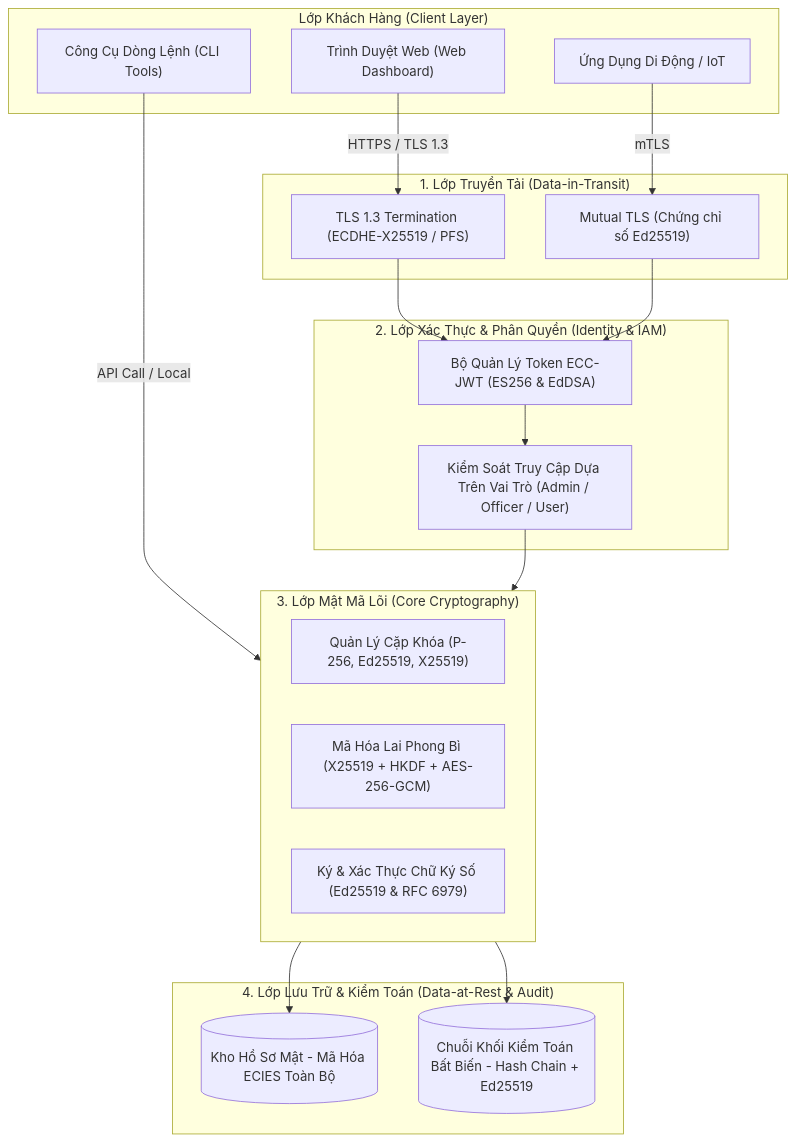
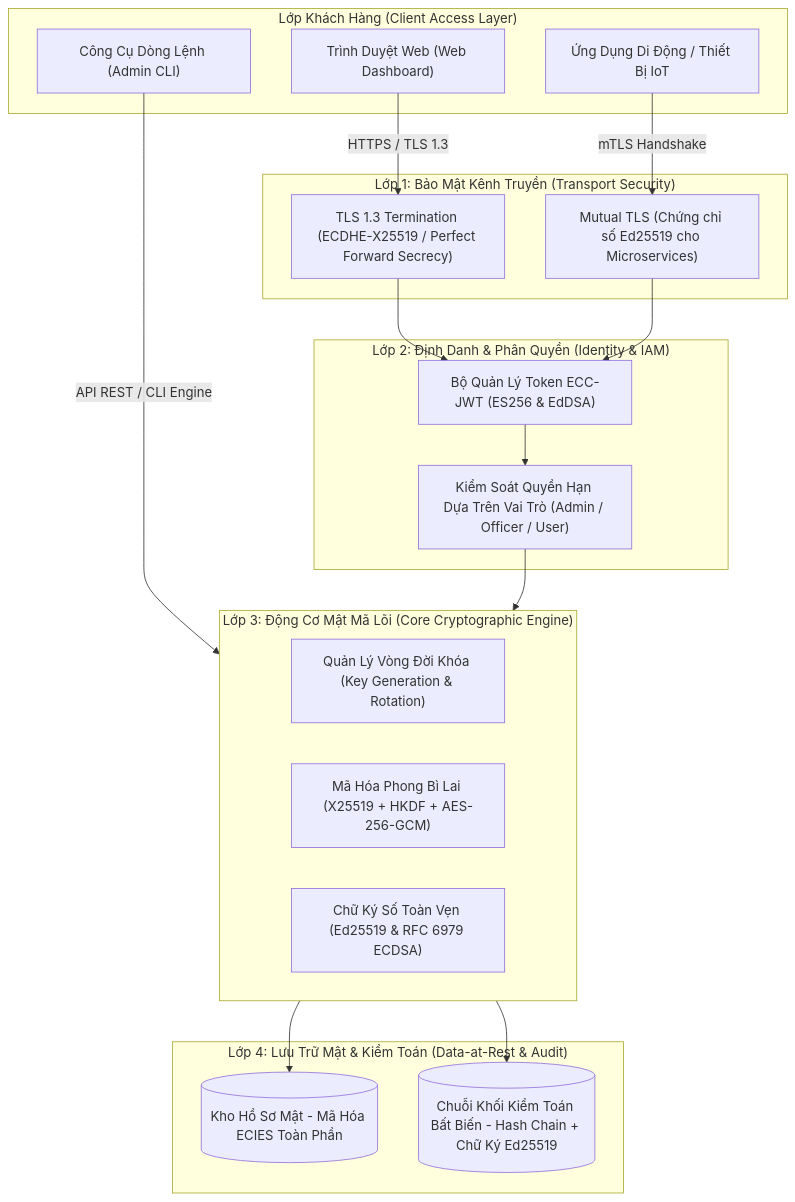
Before and after one commit to bangmanhbac-max/VNU-IS_ECC: the first of 6 diagrams in README.md, drawn with Mermaid. The commit also changed other lines of this file, not shown here.

Commit message:
docs: elevate README to publication-grade with full mathematical foundations, comprehensive diagrams, and deployment guide

````diff
--- a/README.md
+++ b/README.md
@@ -81,41 +165,41 @@
 ```mermaid
 flowchart TD
-    subgraph ClientZone ["Lớp Khách Hàng (Client Layer)"]
+    subgraph ClientZone ["Lớp Khách Hàng (Client Access Layer)"]
         Browser["Trình Duyệt Web (Web Dashboard)"]
-        CLIClient["Công Cụ Dòng Lệnh (CLI Tools)"]
-        MobileApp["Ứng Dụng Di Động / IoT"]
+        CLIClient["Công Cụ Dòng Lệnh (Admin CLI)"]
+        MobileApp["Ứng Dụng Di Động / Thiết Bị IoT"]
     end
 
-    subgraph TransportSecurity ["1. Lớp Truyền Tải (Data-in-Transit)"]
-        TLS["TLS 1.3 Termination (ECDHE-X25519 / PFS)"]
-        mTLS["Mutual TLS (Chứng chỉ số Ed25519)"]
+    subgraph TransportSecurity ["Lớp 1: Bảo Mật Kênh Truyền (Transport Security)"]
+        TLS["TLS 1.3 Termination (ECDHE-X25519 / Perfect Forward Secrecy)"]
+        mTLS["Mutual TLS (Chứng chỉ số Ed25519 cho Microservices)"]
     end
 
-    subgraph AuthLayer ["2. Lớp Xác Thực & Phân Quyền (Identity & IAM)"]
+    subgraph AuthLayer ["Lớp 2: Định Danh & Phân Quyền (Identity & IAM)"]
         JWTECC["Bộ Quản Lý Token ECC-JWT (ES256 & EdDSA)"]
-        RBAC["Kiểm Soát Truy Cập Dựa Trên Vai Trò (Admin / Officer / User)"]
+        RBAC["Kiểm Soát Quyền Hạn Dựa Trên Vai Trò (Admin / Officer / User)"]
     end
 
-    subgraph CoreCrypto ["3. Lớp Mật Mã Lõi (Core Cryptography)"]
-        KMS["Quản Lý Cặp Khóa (P-256, Ed25519, X25519)"]
-        ECIES["Mã Hóa Lai Phong Bì (X25519 + HKDF + AES-256-GCM)"]
-        Signer["Ký & Xác Thực Chữ Ký Số (Ed25519 & RFC 6979)"]
+    subgraph CoreCrypto ["Lớp 3: Động Cơ Mật Mã Lõi (Core Cryptographic Engine)"]
+        KMS["Quản Lý Vòng Đời Khóa (Key Generation & Rotation)"]
+        ECIES["Mã Hóa Phong Bì Lai (X25519 + HKDF + AES-256-GCM)"]
+        Signer["Chữ Ký Số Toàn Vẹn (Ed25519 & RFC 6979 ECDSA)"]
     end
 
-    subgraph StorageSecurity ["4. Lớp Lưu Trữ & Kiểm Toán (Data-at-Rest & Audit)"]
-        VaultDB[(Kho Hồ Sơ Mật - Mã Hóa ECIES Toàn Bộ)]
-        AuditLog[(Chuỗi Khối Kiểm Toán Bất Biến - Hash Chain + Ed25519)]
+    subgraph StorageSecurity ["Lớp 4: Lưu Trữ Mật & Kiểm Toán (Data-at-Rest & Audit)"]
+        VaultDB[(Kho Hồ Sơ Mật - Mã Hóa ECIES Toàn Phần)]
+        AuditLog[(Chuỗi Khối Kiểm Toán Bất Biến - Hash Chain + Chữ Ký Ed25519)]
     end
 
     Browser -->|"HTTPS / TLS 1.3"| TLS
-    CLIClient -->|"API Call / Local"| CoreCrypto
-    MobileApp -->|"mTLS"| mTLS
+    CLIClient -->|"API REST / CLI Engine"| CoreCrypto
+    MobileApp -->|"mTLS Handshake"| mTLS
 
     TLS --> JWTECC
     mTLS --> JWTECC
     JWTECC --> RBAC
     RBAC --> CoreCrypto
 
     CoreCrypto --> VaultDB
     CoreCrypto --> AuditLog
 ```
````
